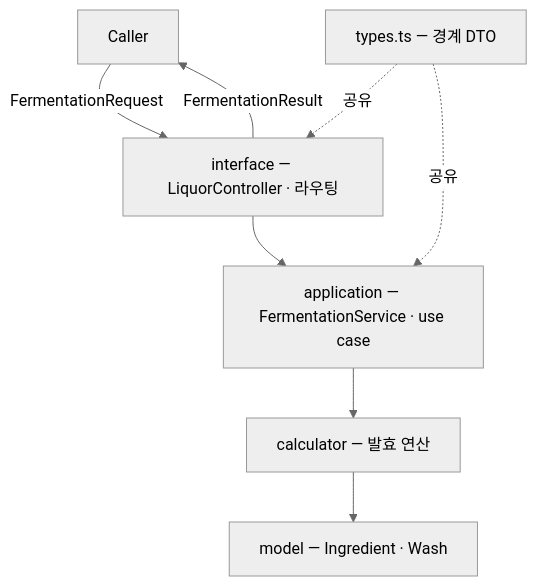
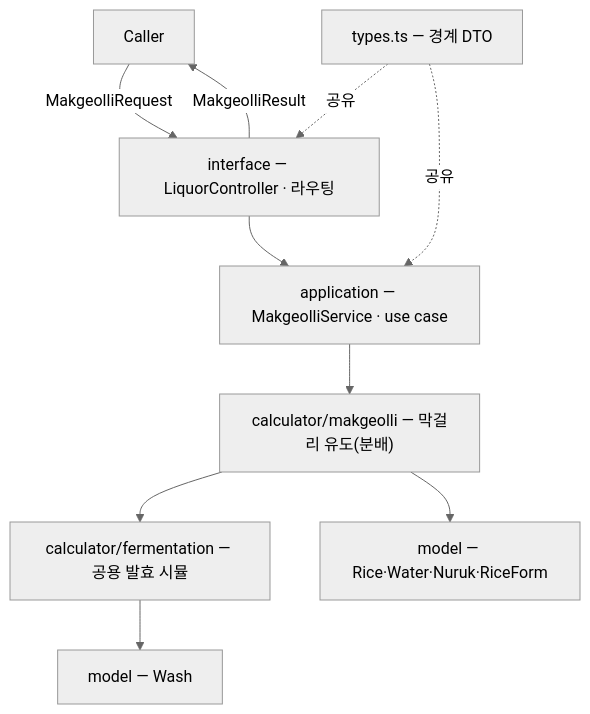
One commit to TransparentDeveloper/alcolmeter changed the first of 2 diagrams in packages/domain-v2/README.md. Above: the diagram before and after it, drawn with Mermaid (neutral theme). The commit also changed other lines of this file and 12 other files, not shown here.

````diff
--- a/packages/domain-v2/README.md
+++ b/packages/domain-v2/README.md
@@ -12,10 +12,12 @@
 ```mermaid
 flowchart TD
-    Caller -->|FermentationRequest| Interface["interface — LiquorController · 라우팅"]
-    Interface --> Application["application — FermentationService · use case"]
-    Application --> Calculator["calculator — 발효 연산"]
-    Calculator --> Model["model — Ingredient · Wash"]
-    Interface -->|FermentationResult| Caller
+    Caller -->|MakgeolliRequest| Interface["interface — LiquorController · 라우팅"]
+    Interface --> Application["application — MakgeolliService · use case"]
+    Application --> Makgeolli["calculator/makgeolli — 막걸리 유도(분배)"]
+    Makgeolli --> Fermentation["calculator/fermentation — 공용 발효 시뮬"]
+    Makgeolli --> Model["model — Rice·Water·Nuruk·RiceForm"]
+    Fermentation --> Wash["model — Wash"]
+    Interface -->|MakgeolliResult| Caller
     Types["types.ts — 경계 DTO"] -. 공유 .-> Interface
     Types -. 공유 .-> Application
 ```
````
